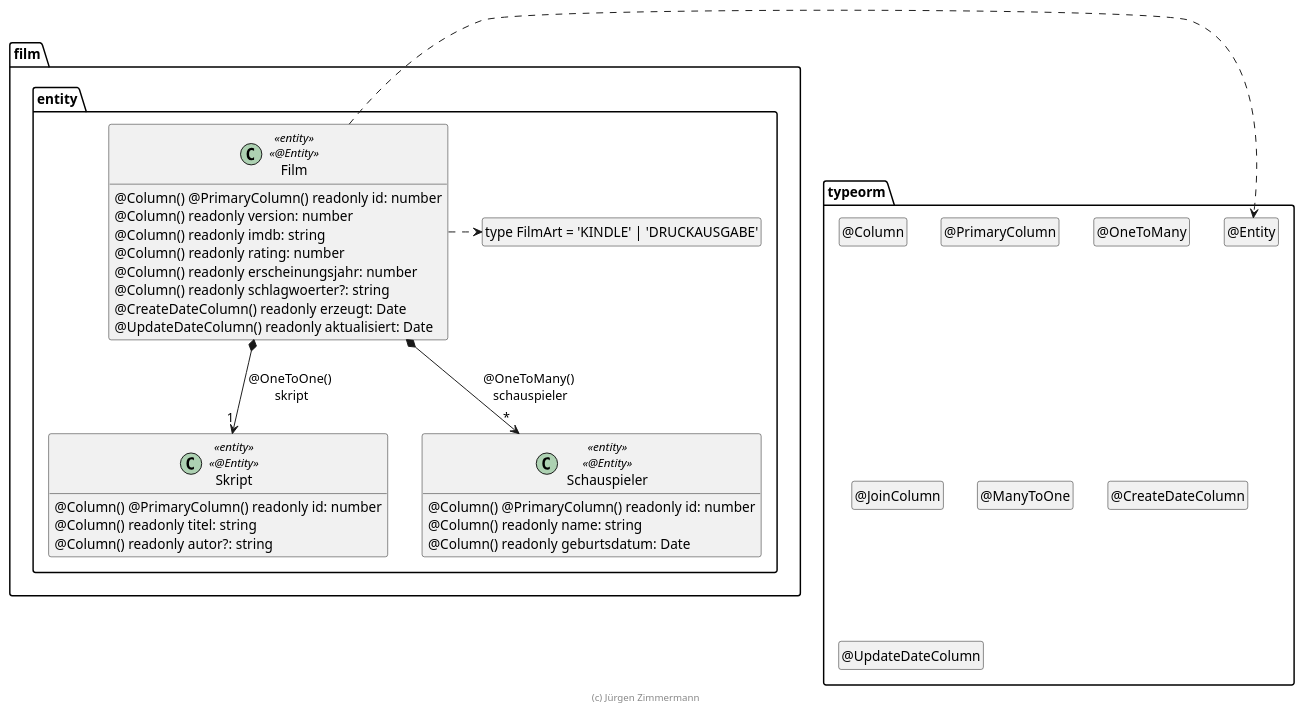
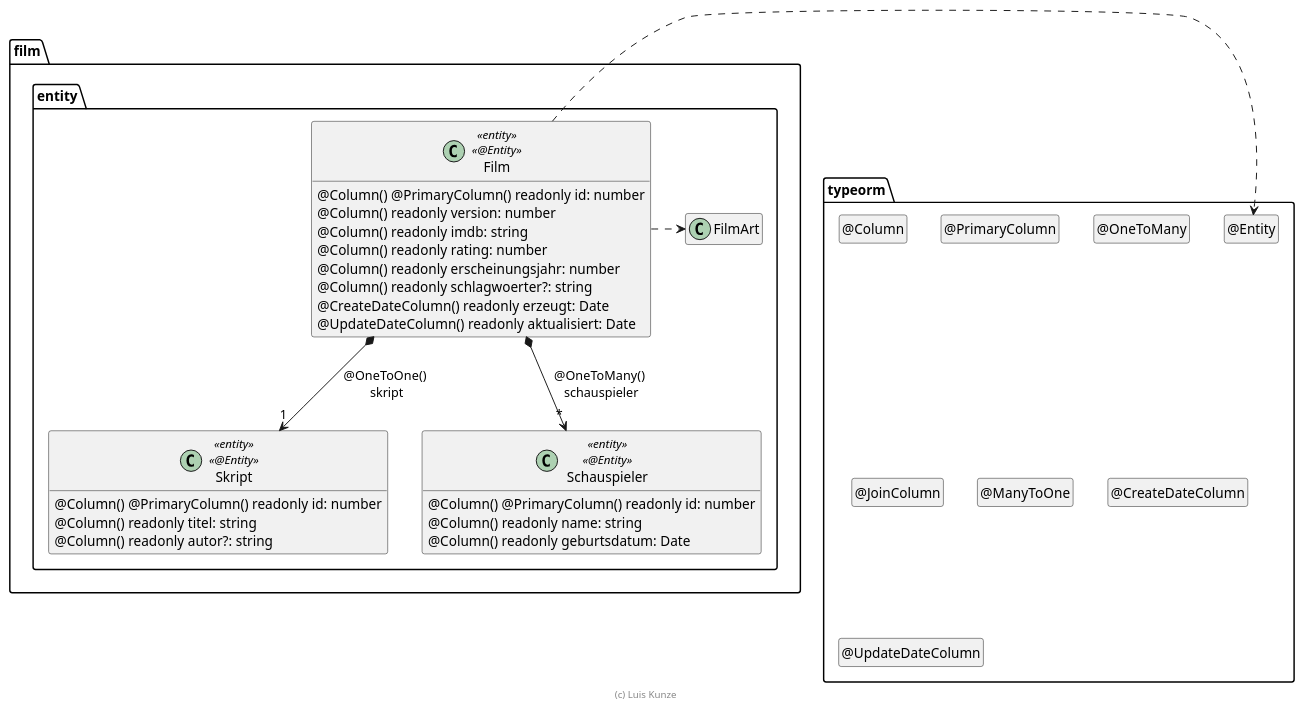
The diagram in .extras/doc/projekthandbuch/Film.plantuml (luluiisss/film), drawn with PlantUML before and after one commit. The commit also changed 17 other files, not shown here.

```diff
--- a/.extras/doc/projekthandbuch/Film.plantuml
+++ b/.extras/doc/projekthandbuch/Film.plantuml
@@ -18,60 +18,58 @@
 @startuml Entity
 
 package typeorm {
   class "@Entity" as Entity
   hide Entity circle
   class "@Column" as Column
   hide Column circle
   class "@PrimaryColumn" as PrimaryColumn
   hide PrimaryColumn circle
   class "@OneToMany" as OneToMany
   hide OneToMany circle
   class "@JoinColumn" as JoinColumn
   hide JoinColumn circle
   class "@ManyToOne" as ManyToOne
   hide ManyToOne circle
   class "@CreateDateColumn" as CreateDateColumn
   hide CreateDateColumn circle
   class "@UpdateDateColumn" as UpdateDateColumn
   hide UpdateDateColumn circle
 }
 
 package film.entity {
-  class "type FilmArt = 'KINDLE' | 'DRUCKAUSGABE'" as FilmArt
-  hide FilmArt circle
 
   class Film <<entity>> <<@Entity>> {
     @Column() @PrimaryColumn() readonly id: number
     @Column() readonly version: number
     @Column() readonly imdb: string
     @Column() readonly rating: number
     @Column() readonly erscheinungsjahr: number
     @Column() readonly schlagwoerter?: string
     @CreateDateColumn() readonly erzeugt: Date
     @UpdateDateColumn() readonly aktualisiert: Date
   }
 
   class Skript <<entity>> <<@Entity>> {
     @Column() @PrimaryColumn() readonly id: number
     @Column() readonly titel: string
     @Column() readonly autor?: string
   }
 
   class Schauspieler <<entity>> <<@Entity>> {
     @Column() @PrimaryColumn() readonly id: number
     @Column() readonly name: string
     @Column() readonly geburtsdatum: Date
   }
 
   Film *--> "1" Skript : @OneToOne() \nskript
   Film *--> "*" Schauspieler : @OneToMany() \nschauspieler
 
   Film .right.> Entity
   Film .right.> FilmArt
 }
 
 hide empty members
 
-footer (c) Jürgen Zimmermann
+footer (c) Luis Kunze
 
 @enduml
```
